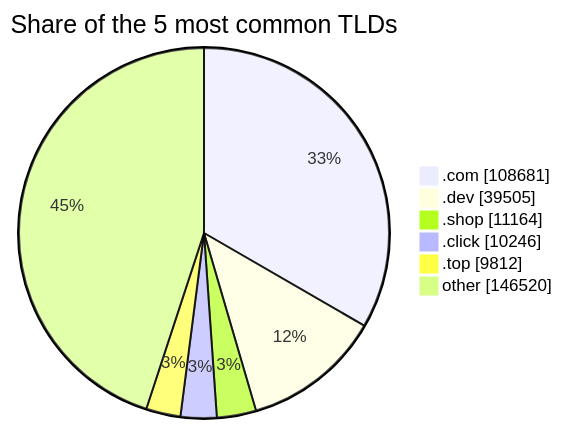
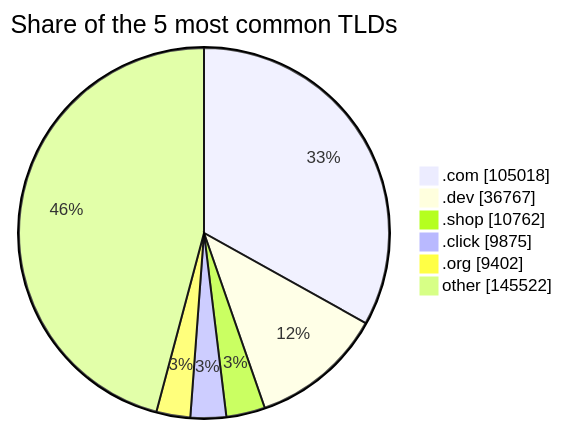
Before and after one commit to DNSBunker/CTI: the third of 3 diagrams in README.md, drawn with Mermaid. The commit also changed other lines of this file and 3 other files, not shown here.

````diff
--- a/README.md
+++ b/README.md
@@ -81,9 +81,9 @@
 ```mermaid
 pie showData title Share of the 5 most common TLDs
-    ".com" : 108681
-    ".dev" : 39505
-    ".shop" : 11164
-    ".click" : 10246
-    ".top" : 9812
-    "other" : 146520
+    ".com" : 105018
+    ".dev" : 36767
+    ".shop" : 10762
+    ".click" : 9875
+    ".org" : 9402
+    "other" : 145522
 ```
````
